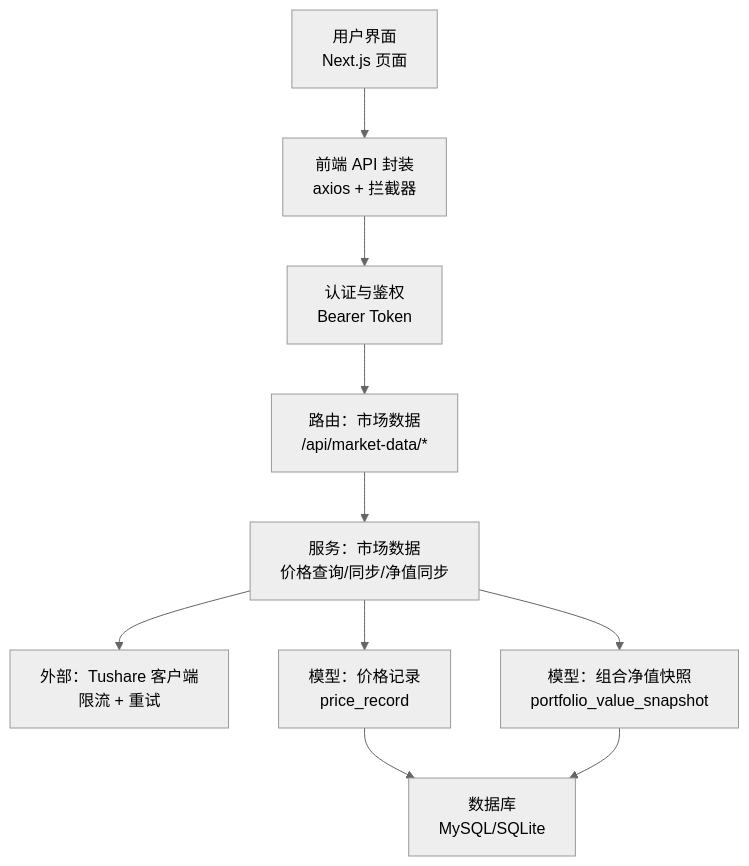
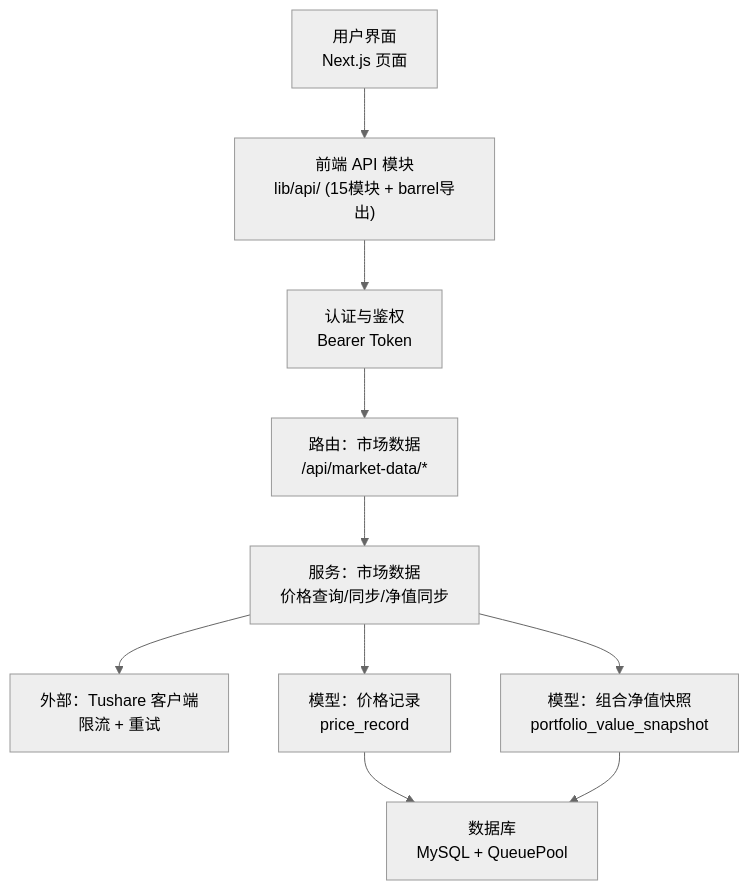
One commit to gujialind/InvestRing changed the second of 6 diagrams in .qoder/repowiki/zh/content/系统架构/数据流设计.md. Above: the diagram before and after it, drawn with Mermaid (neutral theme). The commit also changed other lines of this file and 8 other files, not shown here.

````diff
--- a/.qoder/repowiki/zh/content/系统架构/数据流设计.md
+++ b/.qoder/repowiki/zh/content/系统架构/数据流设计.md
@@ -89,21 +89,21 @@
 ```mermaid
 graph TB
 UI["用户界面<br/>Next.js 页面"]
-API["前端 API 封装<br/>axios + 拦截器"]
+API["前端 API 模块<br/>lib/api/ (15模块 + barrel导出)"]
 AUTH["认证与鉴权<br/>Bearer Token"]
 ROUTER_MD["路由：市场数据<br/>/api/market-data/*"]
 SVC_MD["服务：市场数据<br/>价格查询/同步/净值同步"]
 CLIENT_TS["外部：Tushare 客户端<br/>限流 + 重试"]
 PR["模型：价格记录<br/>price_record"]
 PVS["模型：组合净值快照<br/>portfolio_value_snapshot"]
-DB["数据库<br/>MySQL/SQLite"]
+DB["数据库<br/>MySQL + QueuePool"]
 UI --> API
 API --> AUTH
 AUTH --> ROUTER_MD
 ROUTER_MD --> SVC_MD
 SVC_MD --> CLIENT_TS
 SVC_MD --> PR
 SVC_MD --> PVS
 PR --> DB
 PVS --> DB
 ```
````
